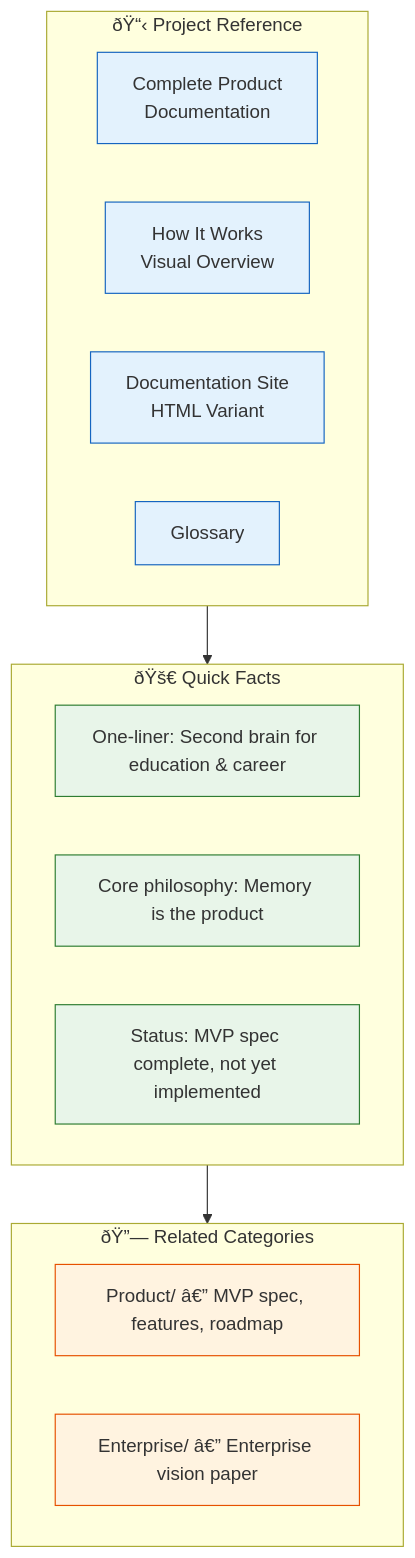
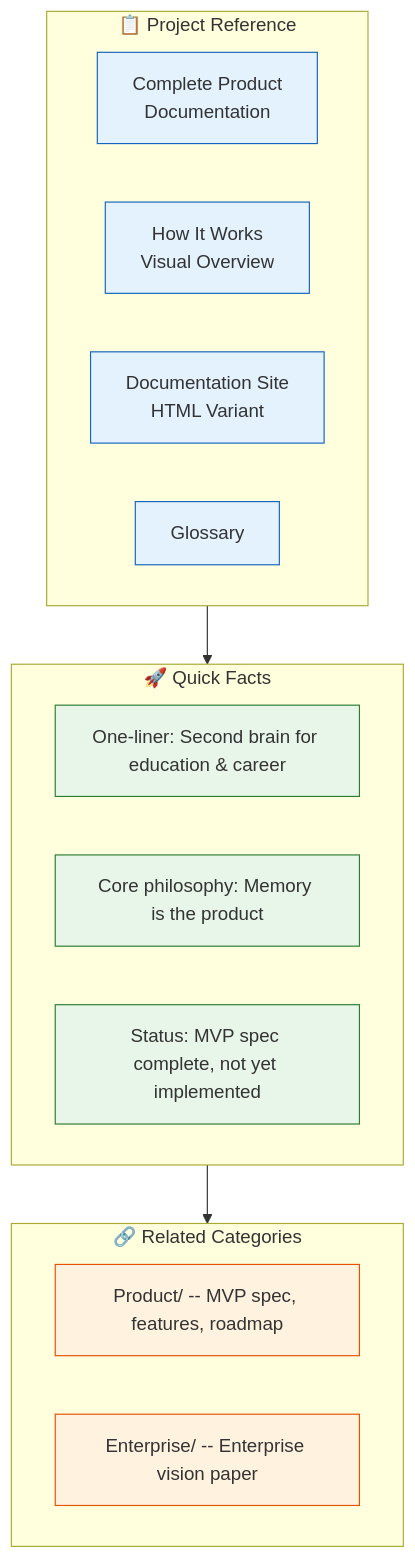
Before and after one commit to Driftloom/Vaeloom: the diagram in Docs/Project/README.md, drawn with Mermaid. The commit also changed other lines of this file and 5 other files, not shown here.

Commit message:
docs(enterprise): add enterprise architecture, multi-tenancy, and organizations

````diff
--- a/Docs/Project/README.md
+++ b/Docs/Project/README.md
@@ -16,31 +16,31 @@
 ```mermaid
 graph TD
-    subgraph Project["ðŸ“‹ Project Reference"]
+    subgraph Project["📋 Project Reference"]
         PD["Complete Product<br/>Documentation"]
         HV["How It Works<br/>Visual Overview"]
         DS["Documentation Site<br/>HTML Variant"]
         GL["Glossary"]
     end
 
-    subgraph Quick["ðŸš€ Quick Facts"]
+    subgraph Quick["🚀 Quick Facts"]
         Q1["One-liner: Second brain for education & career"]
         Q2["Core philosophy: Memory is the product"]
         Q3["Status: MVP spec complete, not yet implemented"]
     end
 
-    subgraph Related["ðŸ”— Related Categories"]
-        R1["Product/ â€” MVP spec, features, roadmap"]
-        R2["Enterprise/ â€” Enterprise vision paper"]
+    subgraph Related["🔗 Related Categories"]
+        R1["Product/ -- MVP spec, features, roadmap"]
+        R2["Enterprise/ -- Enterprise vision paper"]
     end
 
     Project --> Quick
     Quick --> Related
 
     classDef proj fill:#e3f2fd,stroke:#1565c0
     classDef quick fill:#e8f5e9,stroke:#2e7d32
     classDef related fill:#fff3e0,stroke:#e65100
 
     class PD,HV,DS,GL proj
     class Q1,Q2,Q3 quick
     class R1,R2 related
 ```
````
